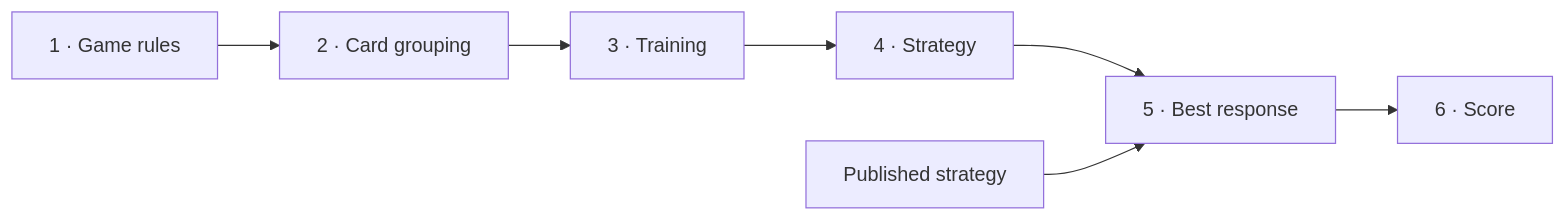
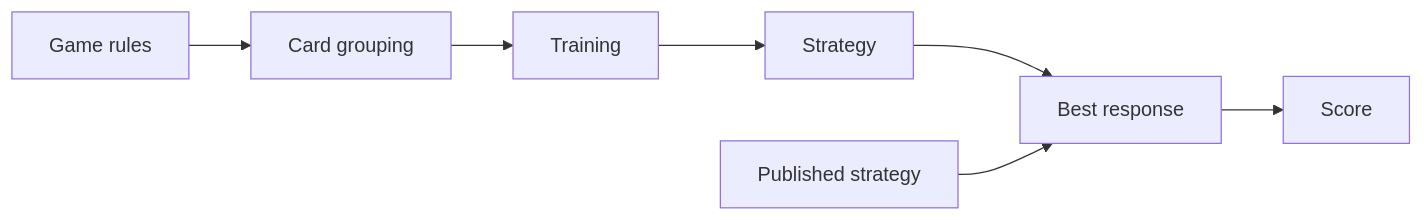
Before and after one commit to Scott-Grew/Showdown-Rhode-Island-Solver: the diagram in README.md, drawn with Mermaid. The commit also changed other lines of this file, not shown here.

````diff
--- a/README.md
+++ b/README.md
@@ -38,6 +25,6 @@
 ```mermaid
 flowchart LR
-    A["1 · Game rules"] --> B["2 · Card grouping"] --> C["3 · Training"]
-    C --> D["4 · Strategy"] --> E["5 · Best response"] --> F["6 · Score"]
-    G["Published strategy"] --> E
+    A[Game rules] --> B[Card grouping] --> C[Training] --> D[Strategy]
+    D --> E[Best response] --> F[Score]
+    G[Published strategy] --> E
 ```
````
